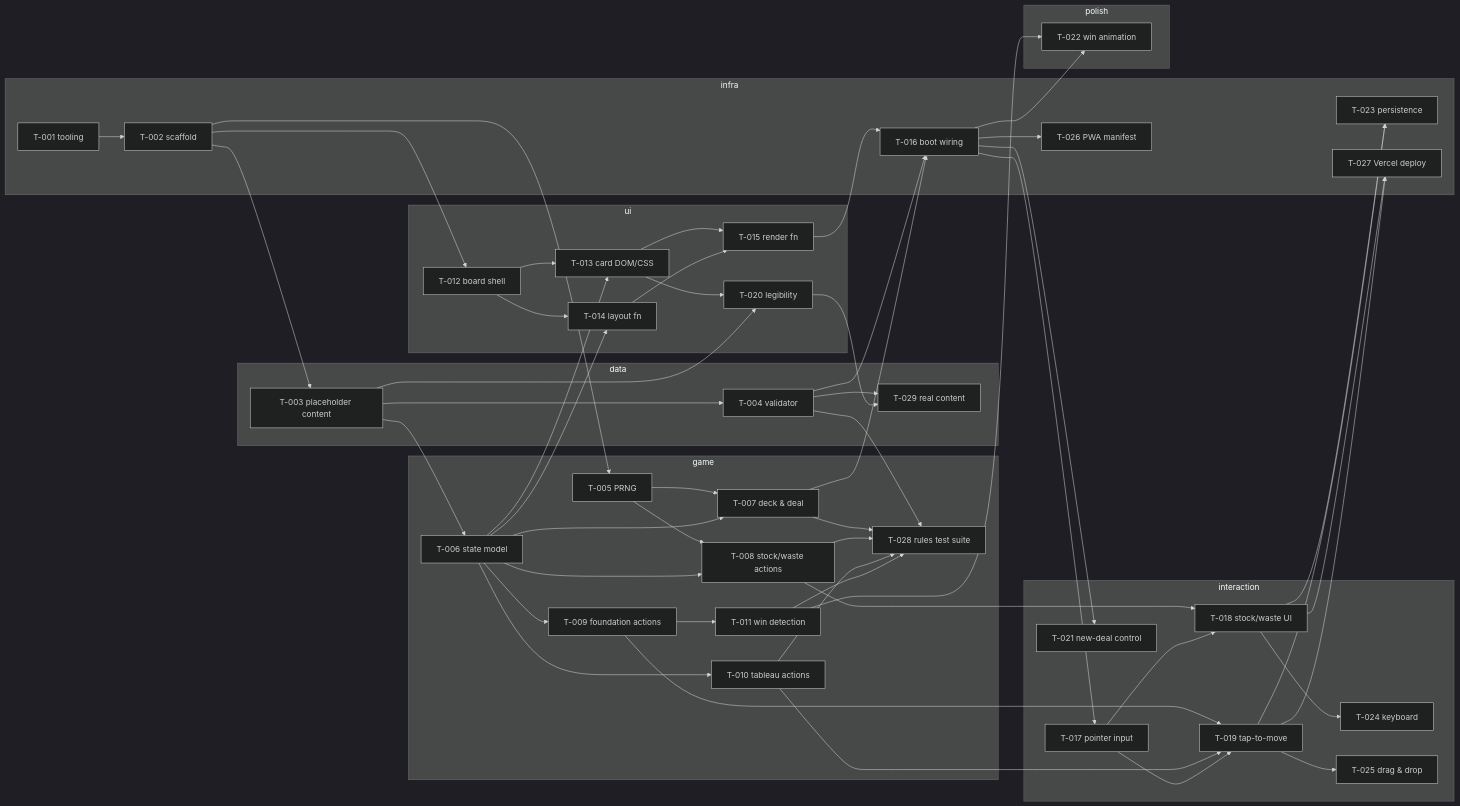
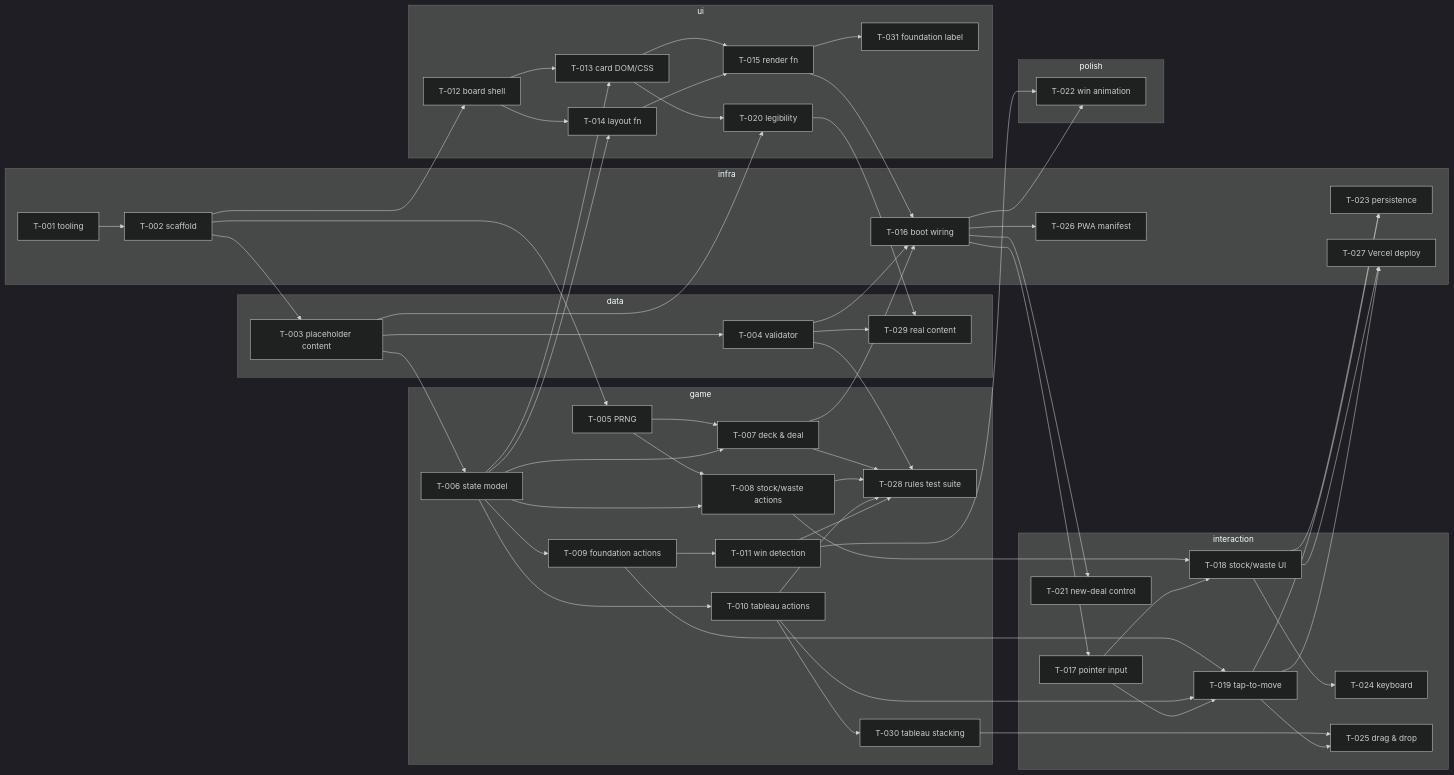
The diagram in backlog/README.md (rainierraydan/word-solitaire-game), drawn with Mermaid (dark theme) before and after one commit. The commit also changed other lines of this file and 12 other files, not shown here.

```diff
--- a/backlog/README.md
+++ b/backlog/README.md
@@ -99,6 +101,7 @@
     T010[T-010 tableau actions]
     T011[T-011 win detection]
     T028[T-028 rules test suite]
+    T030[T-030 tableau stacking]
   end
   subgraph ui
     T012[T-012 board shell]
@@ -106,6 +109,7 @@
     T014[T-014 layout fn]
     T015[T-015 render fn]
     T020[T-020 legibility]
+    T031[T-031 foundation label]
   end
   subgraph interaction
     T017[T-017 pointer input]
@@ -144,6 +148,8 @@
   T009 --> T011
   T009 --> T019
   T010 --> T019
+  T010 --> T030
+  T030 --> T025
   T010 --> T028
   T011 --> T022
   T011 --> T028
@@ -153,6 +159,7 @@
   T013 --> T020
   T014 --> T015
   T015 --> T016
+  T015 --> T031
   T016 --> T017
   T016 --> T021
   T016 --> T022
```
